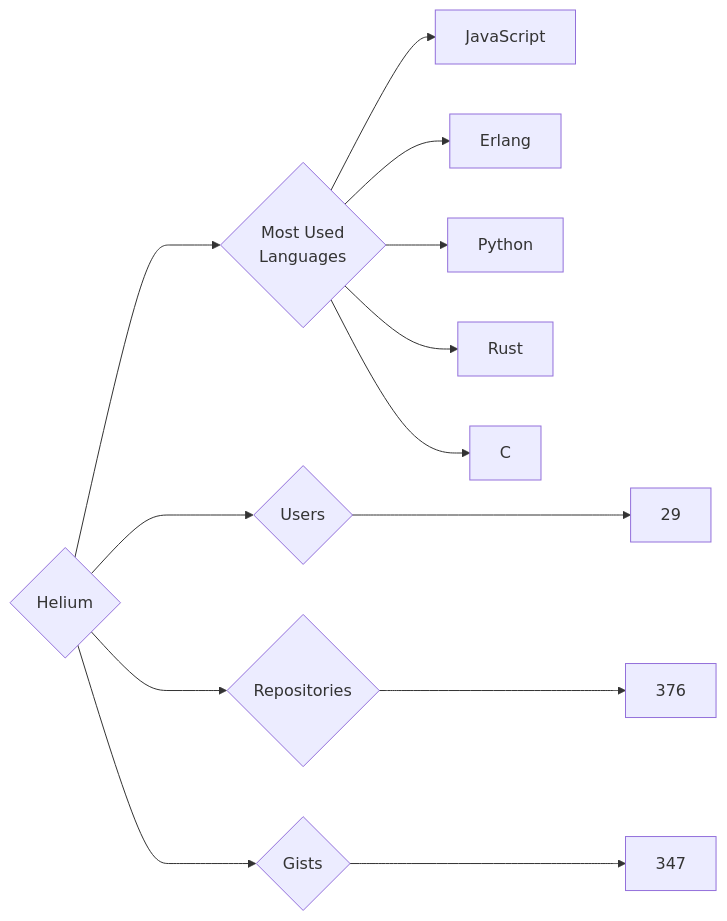
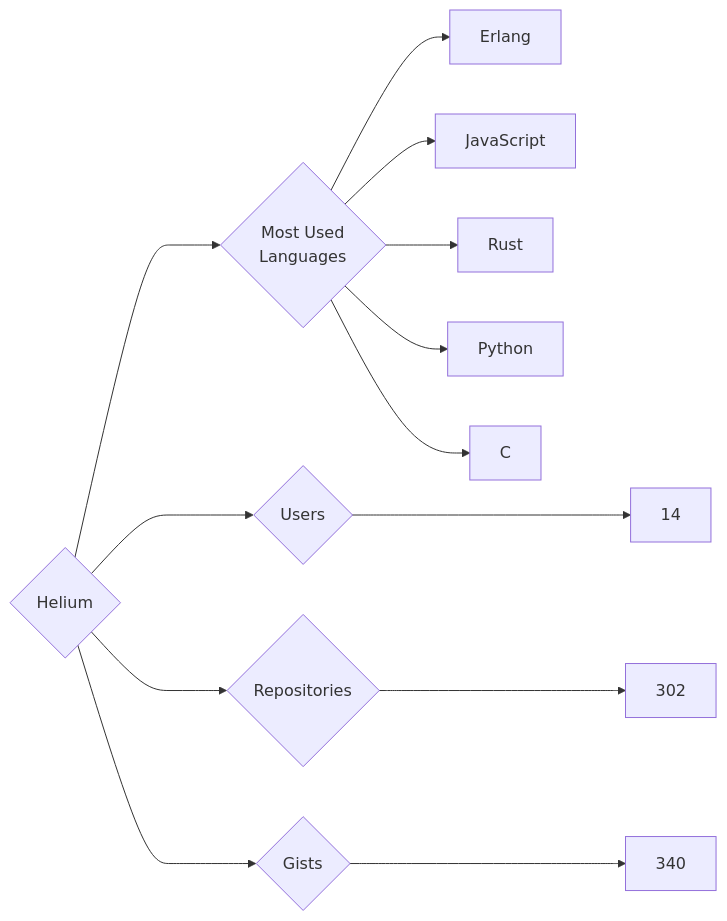
Before and after one commit to trickest/insiders: the diagram in targets/Helium/README.md, drawn with Mermaid. The commit also changed 757 other files, not shown here.

````diff
--- a/targets/Helium/README.md
+++ b/targets/Helium/README.md
@@ -3,13 +3,13 @@
 ```mermaid
 graph LR
 COMPANY_NAME{Helium}
-COMPANY_NAME ---> U{Users} ---> UN[29]
-COMPANY_NAME ---> R{Repositories} ---> RN[376]
-COMPANY_NAME ---> G{Gists} ---> GN[347]
+COMPANY_NAME ---> U{Users} ---> UN[14]
+COMPANY_NAME ---> R{Repositories} ---> RN[302]
+COMPANY_NAME ---> G{Gists} ---> GN[340]
 COMPANY_NAME ---> ML{Most Used<br>Languages}
+ML --> Erlang[Erlang]
 ML --> JavaScript[JavaScript]
-ML --> Erlang[Erlang]
+ML --> Rust[Rust]
 ML --> Python[Python]
-ML --> Rust[Rust]
 ML --> C[C]
 ```
````
